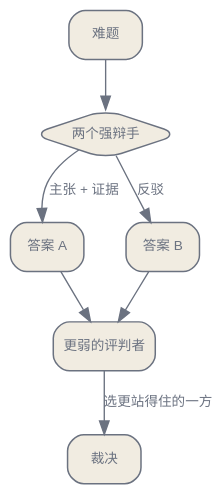
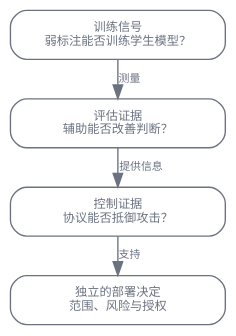
Before and after one commit to latere-ai/ai-as-an-infrastructure: the diagram in zh/safety/02-scalable-oversight-control.qmd, drawn with Graphviz. The commit also changed other lines of this file and 3 other files, not shown here.

````diff
--- a/zh/safety/02-scalable-oversight-control.qmd
+++ b/zh/safety/02-scalable-oversight-control.qmd
@@ -68,25 +41,18 @@
 ```{dot}
-//| label: fig-oversight-control-debate
-//| fig-cap: "辩论作为一个由更弱一方评判的零和博弈。每个辩手占住一边，这个结构意在让谎言比辩护更易被反驳。参照 Irving 等（2018）与 Khan 等（2024）。"
-digraph {
+//| label: fig-oversight-evidence-flow
+//| fig-cap: "监督证据有三种不同用途。训练或评估结果可以为部署决定提供信息，却不能自行作出部署决定。"
+digraph oversight {
   bgcolor="transparent";
   rankdir=TB;
-  nodesep=0.4; ranksep=0.5;
-  node [shape=box, style="rounded,filled", fontname="Helvetica", fontsize=10, color="#6b7280", fontcolor="#6b7280", fillcolor="#f1ece1", penwidth=1.1];
-  edge [fontsize=10, fontname="Helvetica", color="#6b7280", fontcolor="#6b7280"];
-
-  Q [label="难题"];
-  D [label="两个强辩手", shape=diamond];
-  A [label="答案 A"];
-  B [label="答案 B"];
-  J [label="更弱的评判者"];
-  V [label="裁决"];
-
-  Q -> D;
-  D -> A [label="主张 + 证据"];
-  D -> B [label="反驳"];
-  A -> J;
-  B -> J;
-  J -> V [label="选更站得住的一方"];
+  graph [nodesep=0.18, ranksep=0.28];
+  node [shape=box, style="rounded", width=2.2, fontname="Helvetica", fontsize=9, color="#6b7280", fontcolor="#6b7280"];
+  edge [fontname="Helvetica", fontsize=8, color="#6b7280", fontcolor="#6b7280"];
+  train [label="训练信号\n弱标注能否训练学生模型？"];
+  eval [label="评估证据\n辅助能否改善判断？"];
+  control [label="控制证据\n协议能否抵御攻击？"];
+  decision [label="独立的部署决定\n范围、风险与授权"];
+  train -> eval [label="测量"];
+  eval -> control [label="提供信息"];
+  control -> decision [label="支持"];
 }
 ```
````
